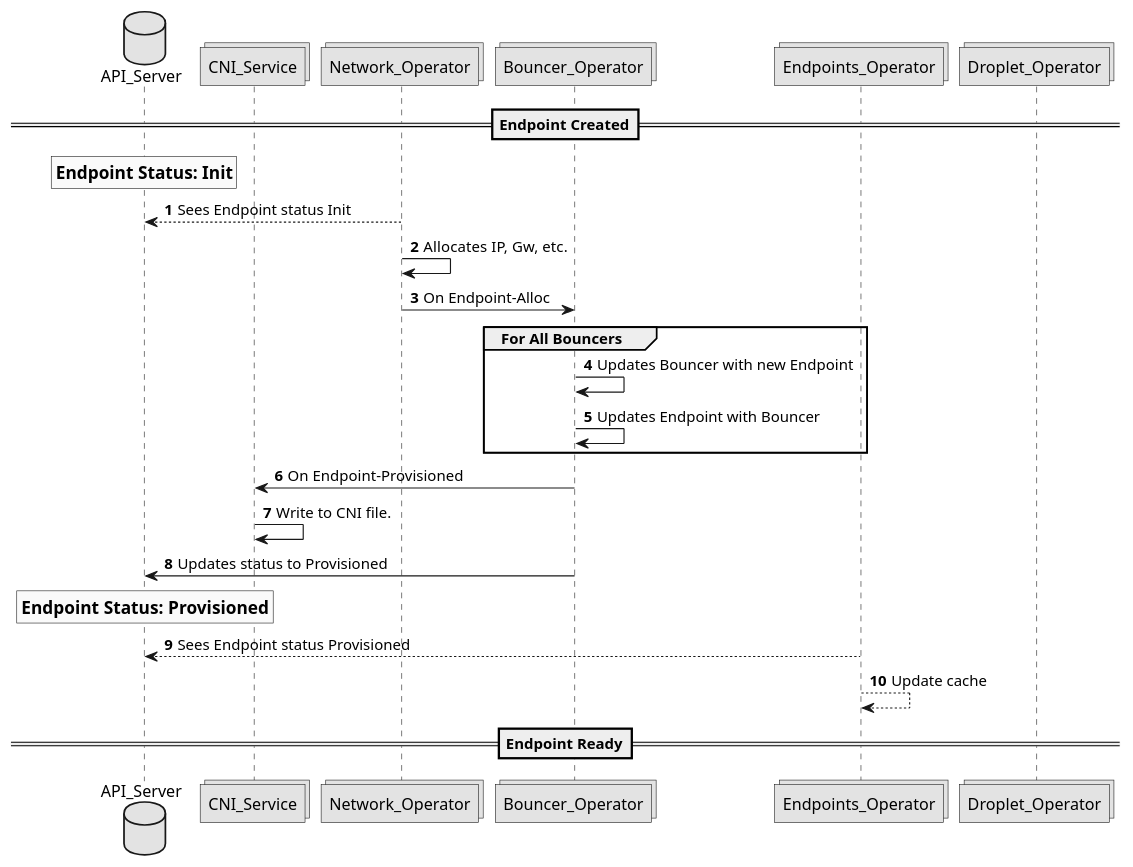
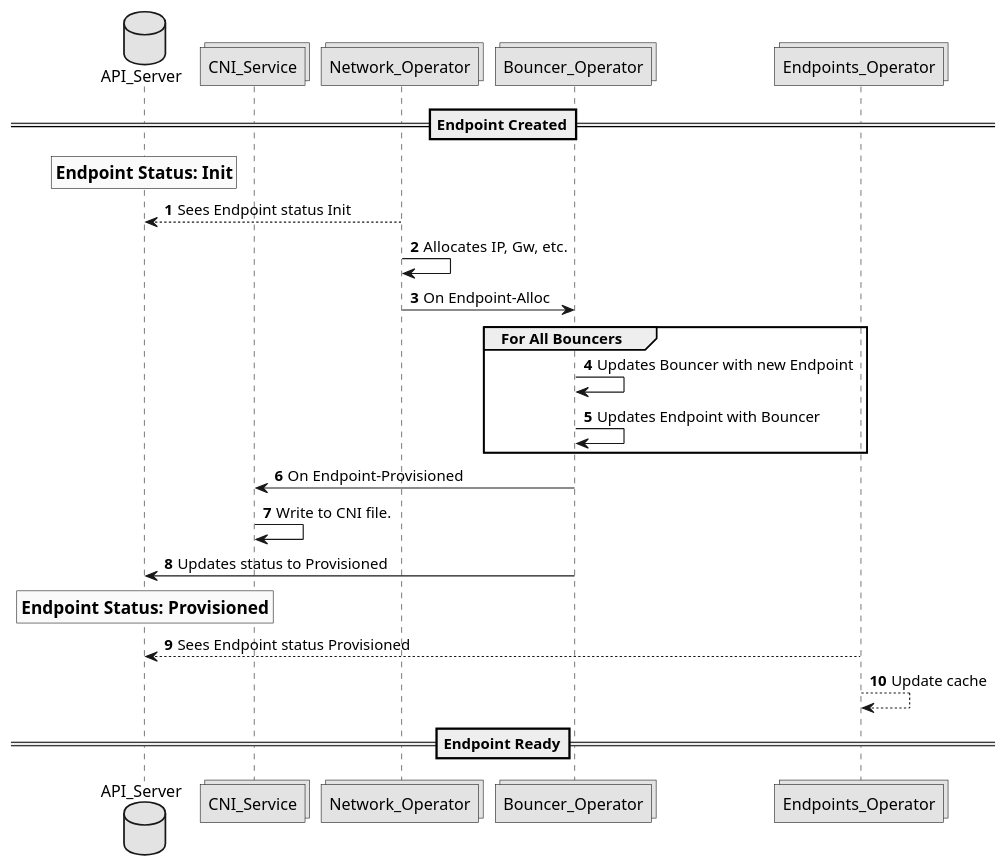
One commit to CentaurusInfra/mizar changed the diagram in docs/design/puml/create_endpoint_workflow.puml. Above: the diagram before and after it, drawn with PlantUML. The commit also changed 3 other files, not shown here.

```diff
--- a/docs/design/puml/create_endpoint_workflow.puml
+++ b/docs/design/puml/create_endpoint_workflow.puml
@@ -1,29 +1,28 @@
 @startuml
 
 skinparam monochrome true
 autonumber
 
 database API_Server
 collections CNI_Service
 collections Network_Operator
 collections Bouncer_Operator
 collections Endpoints_Operator
-collections Droplet_Operator
 
 ==Endpoint Created==
 rnote over API_Server: == Endpoint Status: Init
 Network_Operator --> API_Server: Sees Endpoint status Init
 Network_Operator -> Network_Operator: Allocates IP, Gw, etc.
 Network_Operator -> Bouncer_Operator: On Endpoint-Alloc
 group For All Bouncers
 Bouncer_Operator -> Bouncer_Operator: Updates Bouncer with new Endpoint
 Bouncer_Operator -> Bouncer_Operator: Updates Endpoint with Bouncer
 end
 Bouncer_Operator -> CNI_Service: On Endpoint-Provisioned
 CNI_Service -> CNI_Service: Write to CNI file.
 Bouncer_Operator -> API_Server: Updates status to Provisioned
 rnote over API_Server: ==Endpoint Status: Provisioned
 Endpoints_Operator --> API_Server: Sees Endpoint status Provisioned
 Endpoints_Operator --> Endpoints_Operator: Update cache
 ==Endpoint Ready==
 @enduml
```
